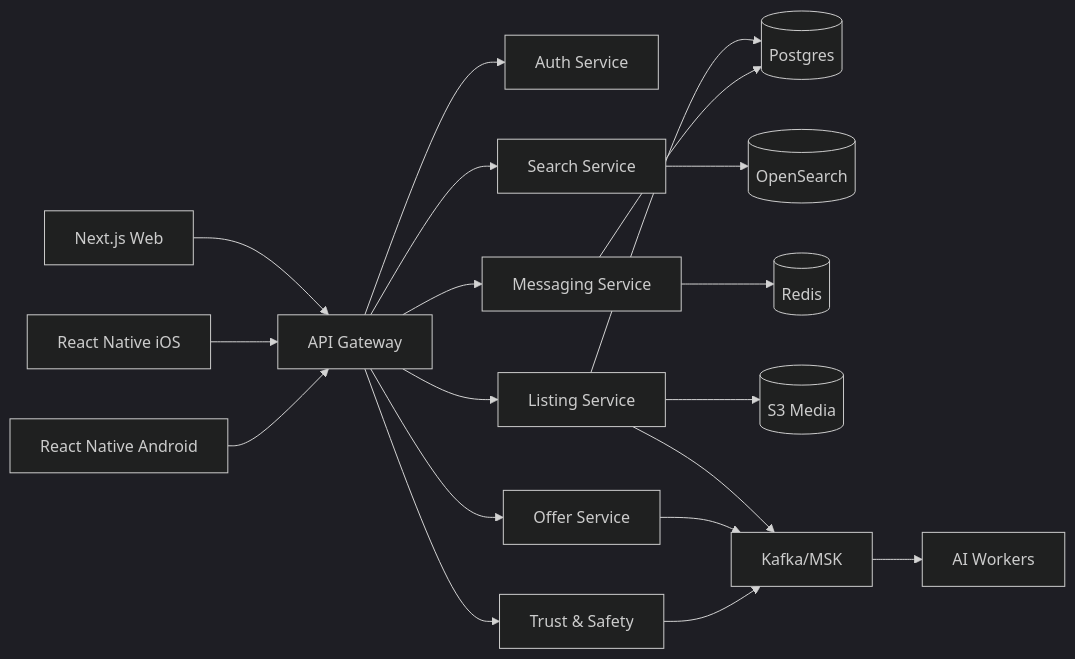
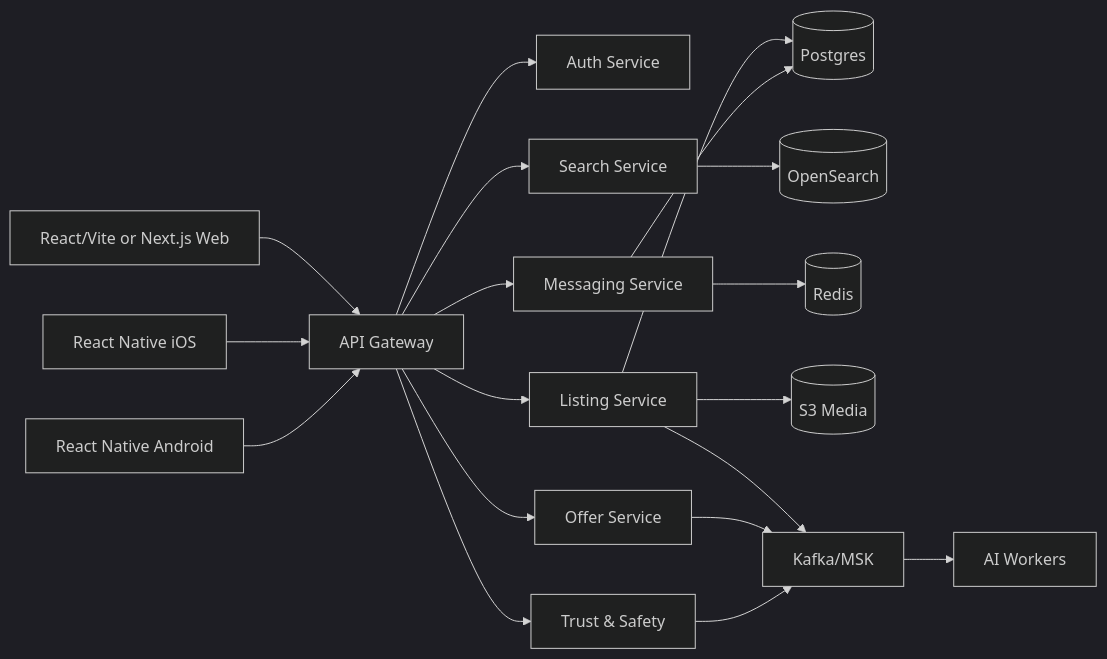
Before and after one commit to DagimTibebeselassie/Kerodex: the diagram in docs/architecture.md, drawn with Mermaid (dark theme). The commit also changed other lines of this file and 13 other files, not shown here.

````diff
--- a/docs/architecture.md
+++ b/docs/architecture.md
@@ -27,21 +29,21 @@
 ```mermaid
 flowchart LR
-  Web["Next.js Web"] --> Gateway["API Gateway"]
+  Web["React/Vite or Next.js Web"] --> Gateway["API Gateway"]
   IOS["React Native iOS"] --> Gateway
   Android["React Native Android"] --> Gateway
   Gateway --> Auth["Auth Service"]
   Gateway --> Listings["Listing Service"]
   Gateway --> Search["Search Service"]
   Gateway --> Messaging["Messaging Service"]
   Gateway --> Offers["Offer Service"]
   Gateway --> Trust["Trust & Safety"]
   Listings --> Postgres[(Postgres)]
   Search --> OpenSearch[(OpenSearch)]
   Messaging --> Redis[(Redis)]
   Messaging --> Postgres
   Listings --> S3[(S3 Media)]
   Listings --> Events["Kafka/MSK"]
   Offers --> Events
   Trust --> Events
   Events --> AI["AI Workers"]
 ```
````
